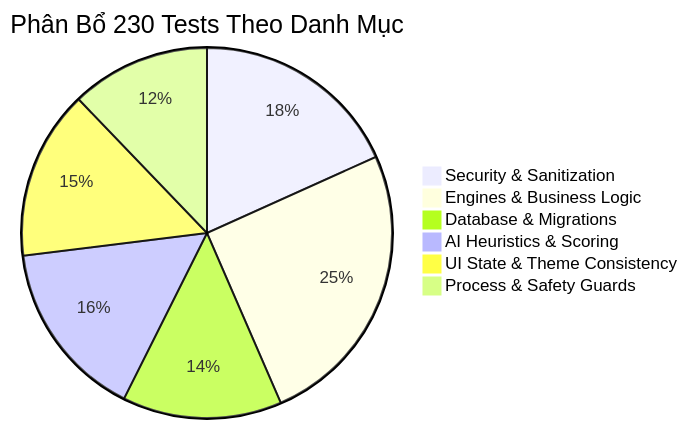
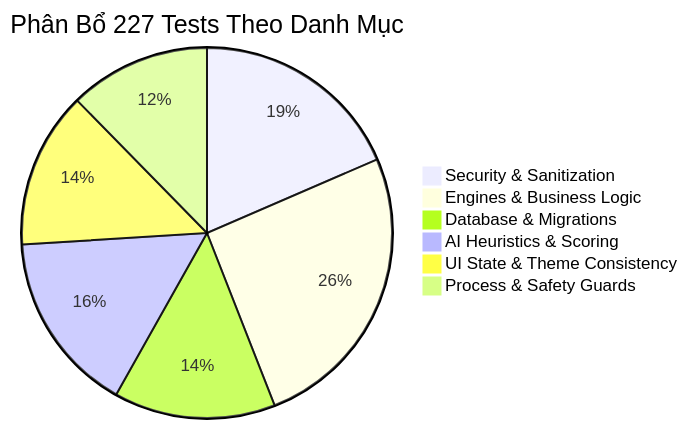
The diagram in docs/08_TESTING_AND_QUALITY_ASSURANCE.md (Nguyen-Trung-Tien/WinCarePro), drawn with Mermaid before and after one commit. The commit also changed other lines of this file and 28 other files, not shown here.

````diff
--- a/docs/08_TESTING_AND_QUALITY_ASSURANCE.md
+++ b/docs/08_TESTING_AND_QUALITY_ASSURANCE.md
@@ -16,9 +16,9 @@
 ```mermaid
-pie title Phân Bổ 230 Tests Theo Danh Mục
+pie title Phân Bổ 227 Tests Theo Danh Mục
     "Security & Sanitization" : 42
     "Engines & Business Logic" : 58
     "Database & Migrations" : 32
     "AI Heuristics & Scoring" : 36
-    "UI State & Theme Consistency" : 34
+    "UI State & Theme Consistency" : 31
     "Process & Safety Guards" : 28
 ```
````
